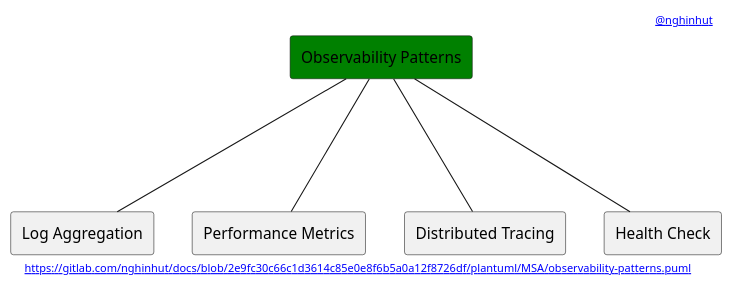
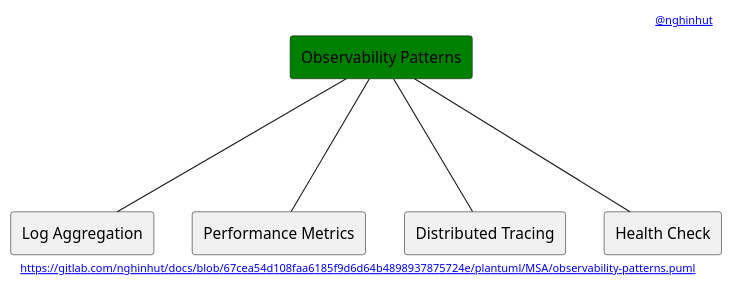
One commit to nghinhut/docs changed the diagram in plantuml/MSA/observability-patterns.puml. Above: the diagram before and after it, drawn with PlantUML. The commit also changed 29 other files, not shown here.

```diff
--- a/plantuml/MSA/observability-patterns.puml
+++ b/plantuml/MSA/observability-patterns.puml
@@ -1,18 +1,18 @@
 @startuml
 '-----START auto generated metadata please keep comment here to allow auto update-----
 '-----DON'T EDIT THIS SECTION, INSTEAD RE-RUN prebuild.sh TO UPDATE-----
-header [[https://www.nghinhut.dev?from=http%5C%3A%5C%2F%5C%2Fwww%5C.plantuml%5C.com%5C%2Fplantuml%5C%2Fproxy%3Ffmt%3Dsvg%5C%26src%3Dhttps%5C%3A%5C%2F%5C%2Fgitlab%5C.com%5C%2Fnghinhut%5C%2Fdocs%5C%2Fraw%5C%2F2e9fc30c66c1d3614c85e0e8f6b5a0a12f8726df%5C%2Fplantuml%5C%2FMSA%5C%2Fobservability-patterns%5C.puml%0A @nghinhut]]
-footer [[http://www.plantuml.com/plantuml/proxy?fmt=svg&src=https://gitlab.com/nghinhut/docs/raw/2e9fc30c66c1d3614c85e0e8f6b5a0a12f8726df/plantuml/MSA/observability-patterns.puml https://gitlab.com/nghinhut/docs/blob/2e9fc30c66c1d3614c85e0e8f6b5a0a12f8726df/plantuml/MSA/observability-patterns.puml]]
+header [[https://www.nghinhut.dev?from=http%5C%3A%5C%2F%5C%2Fwww%5C.plantuml%5C.com%5C%2Fplantuml%5C%2Fproxy%3Ffmt%3Dsvg%5C%26src%3Dhttps%5C%3A%5C%2F%5C%2Fgitlab%5C.com%5C%2Fnghinhut%5C%2Fdocs%5C%2Fraw%5C%2F67cea54d108faa6185f9d6d64b4898937875724e%5C%2Fplantuml%5C%2FMSA%5C%2Fobservability-patterns%5C.puml%0A @nghinhut]]
+footer [[http://www.plantuml.com/plantuml/proxy?fmt=svg&src=https://gitlab.com/nghinhut/docs/raw/67cea54d108faa6185f9d6d64b4898937875724e/plantuml/MSA/observability-patterns.puml https://gitlab.com/nghinhut/docs/blob/67cea54d108faa6185f9d6d64b4898937875724e/plantuml/MSA/observability-patterns.puml]]
 '-----END auto generated metadata please keep comment here to allow auto update-----
 
 rectangle "Observability Patterns" as Observability #green
 
 rectangle "Log Aggregation" as ObservabilityP1
 rectangle "Performance Metrics" as ObservabilityP2
 rectangle "Distributed Tracing" as ObservabilityP3
 rectangle "Health Check" as ObservabilityP4
 Observability --- ObservabilityP1
 Observability --- ObservabilityP2
 Observability --- ObservabilityP3
 Observability --- ObservabilityP4
 @enduml
```
